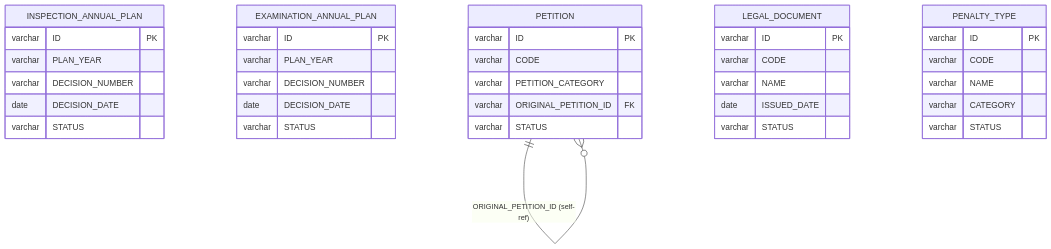
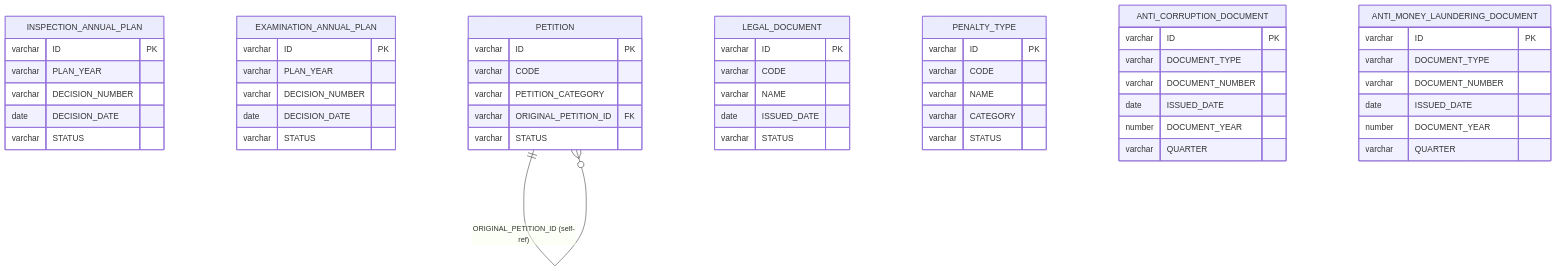
One commit to linhlvit/ubck_atomic_design changed the first of 2 diagrams in DataModel/working/Atomic/hld/THANHTRA_HLD_Tier1.md. Above: the diagram before and after it, drawn with Mermaid. The commit also changed other lines of this file and 61 other files, not shown here.

````diff
--- a/DataModel/working/Atomic/hld/THANHTRA_HLD_Tier1.md
+++ b/DataModel/working/Atomic/hld/THANHTRA_HLD_Tier1.md
@@ -22,44 +24,62 @@
 ```mermaid
 erDiagram
     INSPECTION_ANNUAL_PLAN {
         varchar ID PK
         varchar PLAN_YEAR
         varchar DECISION_NUMBER
         date DECISION_DATE
         varchar STATUS
     }
 
     EXAMINATION_ANNUAL_PLAN {
         varchar ID PK
         varchar PLAN_YEAR
         varchar DECISION_NUMBER
         date DECISION_DATE
         varchar STATUS
     }
 
     PETITION {
         varchar ID PK
         varchar CODE
         varchar PETITION_CATEGORY
         varchar ORIGINAL_PETITION_ID FK
         varchar STATUS
     }
 
     PETITION ||--o{ PETITION : "ORIGINAL_PETITION_ID (self-ref)"
 
     LEGAL_DOCUMENT {
         varchar ID PK
         varchar CODE
         varchar NAME
         date ISSUED_DATE
         varchar STATUS
     }
 
     PENALTY_TYPE {
         varchar ID PK
         varchar CODE
         varchar NAME
         varchar CATEGORY
         varchar STATUS
     }
+
+    ANTI_CORRUPTION_DOCUMENT {
+        varchar ID PK
+        varchar DOCUMENT_TYPE
+        varchar DOCUMENT_NUMBER
+        date ISSUED_DATE
+        number DOCUMENT_YEAR
+        varchar QUARTER
+    }
+
+    ANTI_MONEY_LAUNDERING_DOCUMENT {
+        varchar ID PK
+        varchar DOCUMENT_TYPE
+        varchar DOCUMENT_NUMBER
+        date ISSUED_DATE
+        number DOCUMENT_YEAR
+        varchar QUARTER
+    }
 ```
````
